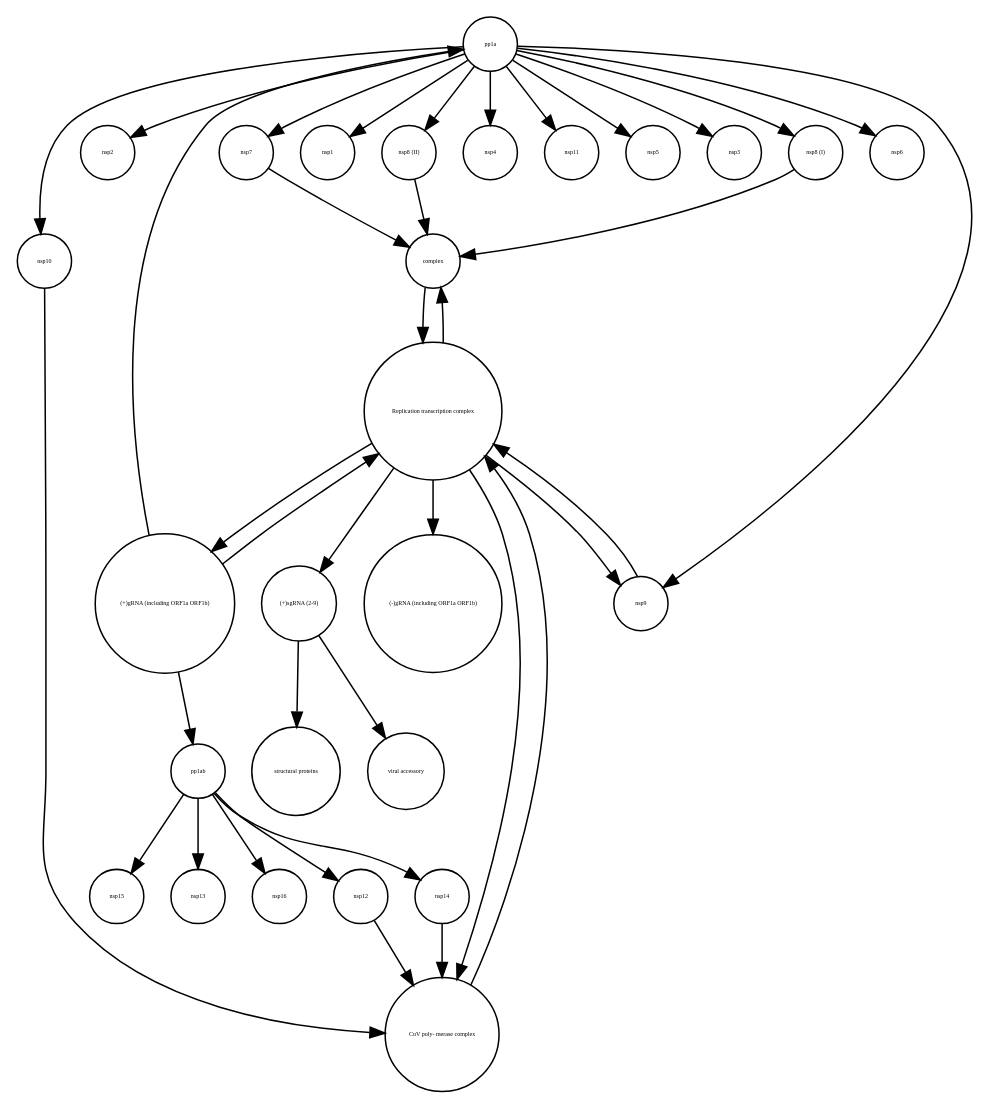
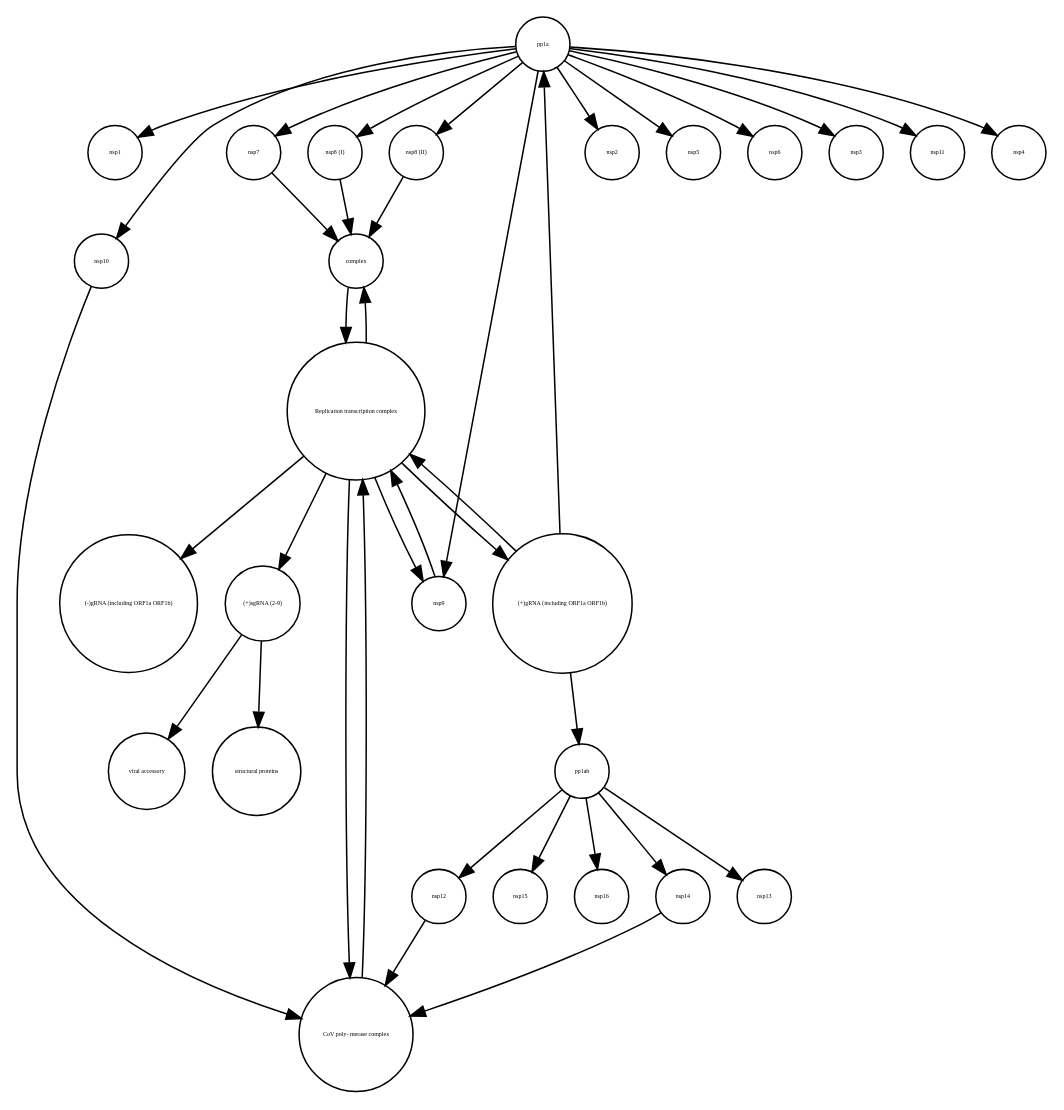
Before and after one commit to cannin/covid19-sbgn: the diagram in RTC-and-transcription_stable.xml_projected.dot, drawn with Graphviz. The commit also changed other lines of this file and 621 other files, not shown here.

```diff
--- a/RTC-and-transcription_stable.xml_projected.dot
+++ b/RTC-and-transcription_stable.xml_projected.dot
@@ -1,66 +1,66 @@
 strict digraph  {
+nsp1 [annotation="", bipartite=0, cls=macromolecule, fontsize=4, label=nsp1, shape=circle];
+"CoV poly- merase complex" [annotation="", bipartite=0, cls=complex, fontsize=4, label="CoV poly- merase complex", shape=circle];
+nsp7 [annotation="", bipartite=0, cls=macromolecule, fontsize=4, label=nsp7, shape=circle];
+"nsp8 (I)" [annotation="", bipartite=0, cls=macromolecule, fontsize=4, label="nsp8 (I)", shape=circle];
+nsp12 [annotation="", bipartite=0, cls=macromolecule, fontsize=4, label=nsp12, shape=circle];
 nsp2 [annotation="", bipartite=0, cls=macromolecule, fontsize=4, label=nsp2, shape=circle];
-"nsp8 (I)" [annotation="", bipartite=0, cls=macromolecule, fontsize=4, label="nsp8 (I)", shape=circle];
+"Replication transcription complex " [annotation="", bipartite=0, cls=complex, fontsize=4, label="Replication transcription complex ", shape=circle];
+"structural proteins" [annotation="", bipartite=0, cls=macromolecule, fontsize=4, label="structural proteins", shape=circle];
+"viral accessory" [annotation="", bipartite=0, cls=macromolecule, fontsize=4, label="viral accessory", shape=circle];
+nsp10 [annotation="", bipartite=0, cls=macromolecule, fontsize=4, label=nsp10, shape=circle];
+pp1ab [annotation="", bipartite=0, cls=macromolecule, fontsize=4, label=pp1ab, shape=circle];
+nsp14 [annotation="", bipartite=0, cls=macromolecule, fontsize=4, label=nsp14, shape=circle];
+nsp5 [annotation="", bipartite=0, cls=macromolecule, fontsize=4, label=nsp5, shape=circle];
+nsp15 [annotation="", bipartite=0, cls=macromolecule, fontsize=4, label=nsp15, shape=circle];
+nsp6 [annotation="", bipartite=0, cls=macromolecule, fontsize=4, label=nsp6, shape=circle];
+nsp16 [annotation="", bipartite=0, cls=macromolecule, fontsize=4, label=nsp16, shape=circle];
+nsp9 [annotation="", bipartite=0, cls=macromolecule, fontsize=4, label=nsp9, shape=circle];
 "(+)gRNA (including ORF1a ORF1b)" [annotation="", bipartite=0, cls="nucleic acid feature", fontsize=4, label="(+)gRNA (including ORF1a ORF1b)", shape=circle];
+"(-)gRNA (including ORF1a ORF1b)" [annotation="", bipartite=0, cls="nucleic acid feature", fontsize=4, label="(-)gRNA (including ORF1a ORF1b)", shape=circle];
+pp1a [annotation="", bipartite=0, cls=macromolecule, fontsize=4, label=pp1a, shape=circle];
+"nsp8 (II)" [annotation="", bipartite=0, cls=macromolecule, fontsize=4, label="nsp8 (II)", shape=circle];
+nsp3 [annotation="", bipartite=0, cls=macromolecule, fontsize=4, label=nsp3, shape=circle];
+nsp11 [annotation="", bipartite=0, cls=macromolecule, fontsize=4, label=nsp11, shape=circle];
 complex [annotation="", bipartite=0, cls=complex, fontsize=4, label=complex, shape=circle];
-"CoV poly- merase complex" [annotation="", bipartite=0, cls=complex, fontsize=4, label="CoV poly- merase complex", shape=circle];
-pp1ab [annotation="", bipartite=0, cls=macromolecule, fontsize=4, label=pp1ab, shape=circle];
-nsp7 [annotation="", bipartite=0, cls=macromolecule, fontsize=4, label=nsp7, shape=circle];
-nsp1 [annotation="", bipartite=0, cls=macromolecule, fontsize=4, label=nsp1, shape=circle];
+nsp4 [annotation="", bipartite=0, cls=macromolecule, fontsize=4, label=nsp4, shape=circle];
 "(+)sgRNA (2-9)" [annotation="", bipartite=0, cls="nucleic acid feature", fontsize=4, label="(+)sgRNA (2-9)", shape=circle];
-nsp10 [annotation="", bipartite=0, cls=macromolecule, fontsize=4, label=nsp10, shape=circle];
-nsp4 [annotation="", bipartite=0, cls=macromolecule, fontsize=4, label=nsp4, shape=circle];
-"Replication transcription complex " [annotation="", bipartite=0, cls=complex, fontsize=4, label="Replication transcription complex ", shape=circle];
-nsp11 [annotation="", bipartite=0, cls=macromolecule, fontsize=4, label=nsp11, shape=circle];
-nsp16 [annotation="", bipartite=0, cls=macromolecule, fontsize=4, label=nsp16, shape=circle];
-"(-)gRNA (including ORF1a ORF1b)" [annotation="", bipartite=0, cls="nucleic acid feature", fontsize=4, label="(-)gRNA (including ORF1a ORF1b)", shape=circle];
-nsp5 [annotation="", bipartite=0, cls=macromolecule, fontsize=4, label=nsp5, shape=circle];
-nsp14 [annotation="", bipartite=0, cls=macromolecule, fontsize=4, label=nsp14, shape=circle];
-nsp3 [annotation="", bipartite=0, cls=macromolecule, fontsize=4, label=nsp3, shape=circle];
-nsp12 [annotation="", bipartite=0, cls=macromolecule, fontsize=4, label=nsp12, shape=circle];
-"nsp8 (II)" [annotation="", bipartite=0, cls=macromolecule, fontsize=4, label="nsp8 (II)", shape=circle];
-nsp6 [annotation="", bipartite=0, cls=macromolecule, fontsize=4, label=nsp6, shape=circle];
-nsp15 [annotation="", bipartite=0, cls=macromolecule, fontsize=4, label=nsp15, shape=circle];
-"viral accessory" [annotation="", bipartite=0, cls=macromolecule, fontsize=4, label="viral accessory", shape=circle];
-nsp9 [annotation="", bipartite=0, cls=macromolecule, fontsize=4, label=nsp9, shape=circle];
-"structural proteins" [annotation="", bipartite=0, cls=macromolecule, fontsize=4, label="structural proteins", shape=circle];
-pp1a [annotation="", bipartite=0, cls=macromolecule, fontsize=4, label=pp1a, shape=circle];
 nsp13 [annotation="", bipartite=0, cls=macromolecule, fontsize=4, label=nsp13, shape=circle];
+"CoV poly- merase complex" -> "Replication transcription complex "  [annotation="", interaction_type=production];
+nsp7 -> complex  [annotation="", interaction_type=production];
 "nsp8 (I)" -> complex  [annotation="", interaction_type=production];
-"(+)gRNA (including ORF1a ORF1b)" -> pp1ab  [annotation="", interaction_type="necessary stimulation"];
-"(+)gRNA (including ORF1a ORF1b)" -> pp1a  [annotation="", interaction_type="necessary stimulation"];
-"(+)gRNA (including ORF1a ORF1b)" -> "Replication transcription complex "  [annotation="", interaction_type=production];
-complex -> "Replication transcription complex "  [annotation="", interaction_type=production];
-"CoV poly- merase complex" -> "Replication transcription complex "  [annotation="", interaction_type=production];
-pp1ab -> nsp15  [annotation="", interaction_type=production];
-pp1ab -> nsp12  [annotation="", interaction_type=production];
-pp1ab -> nsp16  [annotation="", interaction_type=production];
-pp1ab -> nsp13  [annotation="", interaction_type=production];
-pp1ab -> nsp14  [annotation="", interaction_type=production];
-nsp7 -> complex  [annotation="", interaction_type=production];
-"(+)sgRNA (2-9)" -> "structural proteins"  [annotation="", interaction_type="necessary stimulation"];
-"(+)sgRNA (2-9)" -> "viral accessory"  [annotation="", interaction_type="necessary stimulation"];
-nsp10 -> "CoV poly- merase complex"  [annotation="", interaction_type=production];
+nsp12 -> "CoV poly- merase complex"  [annotation="", interaction_type=production];
 "Replication transcription complex " -> "(+)sgRNA (2-9)"  [annotation="", interaction_type="necessary stimulation"];
 "Replication transcription complex " -> nsp9  [annotation="", interaction_type=production];
 "Replication transcription complex " -> complex  [annotation="", interaction_type=production];
 "Replication transcription complex " -> "CoV poly- merase complex"  [annotation="", interaction_type=production];
 "Replication transcription complex " -> "(+)gRNA (including ORF1a ORF1b)"  [annotation="", interaction_type=production];
 "Replication transcription complex " -> "(-)gRNA (including ORF1a ORF1b)"  [annotation="", interaction_type=production];
+nsp10 -> "CoV poly- merase complex"  [annotation="", interaction_type=production];
+pp1ab -> nsp15  [annotation="", interaction_type=production];
+pp1ab -> nsp16  [annotation="", interaction_type=production];
+pp1ab -> nsp12  [annotation="", interaction_type=production];
+pp1ab -> nsp14  [annotation="", interaction_type=production];
+pp1ab -> nsp13  [annotation="", interaction_type=production];
 nsp14 -> "CoV poly- merase complex"  [annotation="", interaction_type=production];
-nsp12 -> "CoV poly- merase complex"  [annotation="", interaction_type=production];
+nsp9 -> "Replication transcription complex "  [annotation="", interaction_type=production];
+"(+)gRNA (including ORF1a ORF1b)" -> pp1a  [annotation="", interaction_type="necessary stimulation"];
+"(+)gRNA (including ORF1a ORF1b)" -> pp1ab  [annotation="", interaction_type="necessary stimulation"];
+"(+)gRNA (including ORF1a ORF1b)" -> "Replication transcription complex "  [annotation="", interaction_type=production];
+pp1a -> nsp5  [annotation="", interaction_type=production];
+pp1a -> nsp10  [annotation="", interaction_type=production];
+pp1a -> nsp6  [annotation="", interaction_type=production];
+pp1a -> nsp1  [annotation="", interaction_type=production];
+pp1a -> nsp11  [annotation="", interaction_type=production];
+pp1a -> nsp9  [annotation="", interaction_type=production];
+pp1a -> nsp4  [annotation="", interaction_type=production];
+pp1a -> nsp7  [annotation="", interaction_type=production];
+pp1a -> "nsp8 (I)"  [annotation="", interaction_type=production];
+pp1a -> nsp3  [annotation="", interaction_type=production];
+pp1a -> nsp2  [annotation="", interaction_type=production];
+pp1a -> "nsp8 (II)"  [annotation="", interaction_type=production];
 "nsp8 (II)" -> complex  [annotation="", interaction_type=production];
-nsp9 -> "Replication transcription complex "  [annotation="", interaction_type=production];
-pp1a -> nsp6  [annotation="", interaction_type=production];
-pp1a -> nsp2  [annotation="", interaction_type=production];
-pp1a -> nsp9  [annotation="", interaction_type=production];
-pp1a -> nsp3  [annotation="", interaction_type=production];
-pp1a -> nsp10  [annotation="", interaction_type=production];
-pp1a -> "nsp8 (II)"  [annotation="", interaction_type=production];
-pp1a -> nsp4  [annotation="", interaction_type=production];
-pp1a -> nsp11  [annotation="", interaction_type=production];
-pp1a -> "nsp8 (I)"  [annotation="", interaction_type=production];
-pp1a -> nsp5  [annotation="", interaction_type=production];
-pp1a -> nsp7  [annotation="", interaction_type=production];
-pp1a -> nsp1  [annotation="", interaction_type=production];
+complex -> "Replication transcription complex "  [annotation="", interaction_type=production];
+"(+)sgRNA (2-9)" -> "structural proteins"  [annotation="", interaction_type="necessary stimulation"];
+"(+)sgRNA (2-9)" -> "viral accessory"  [annotation="", interaction_type="necessary stimulation"];
 }
```
